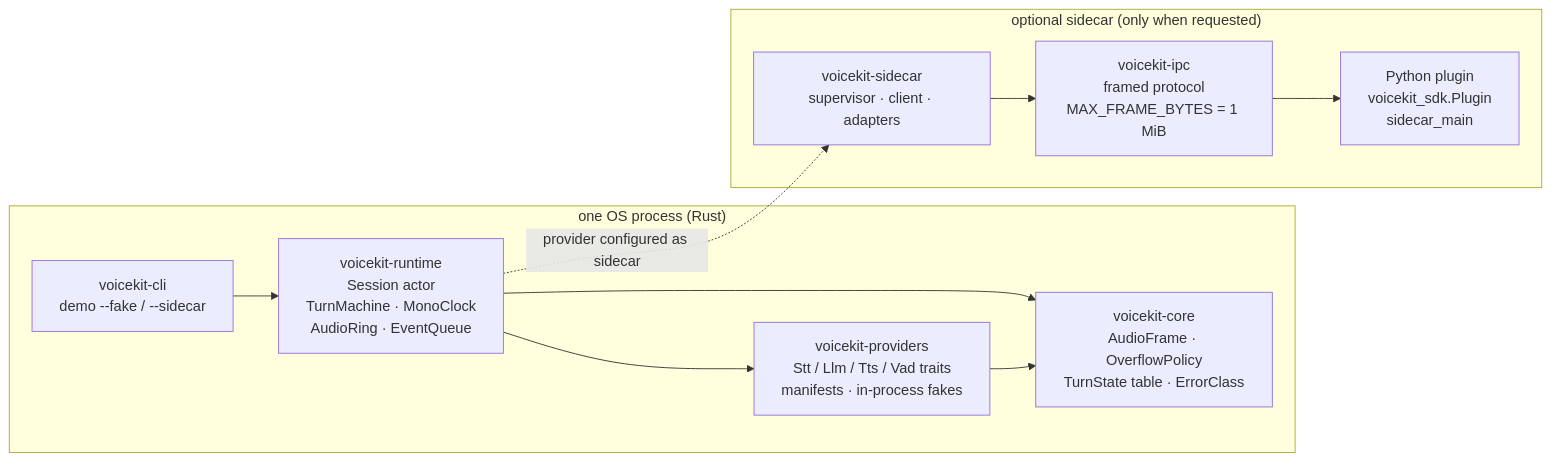
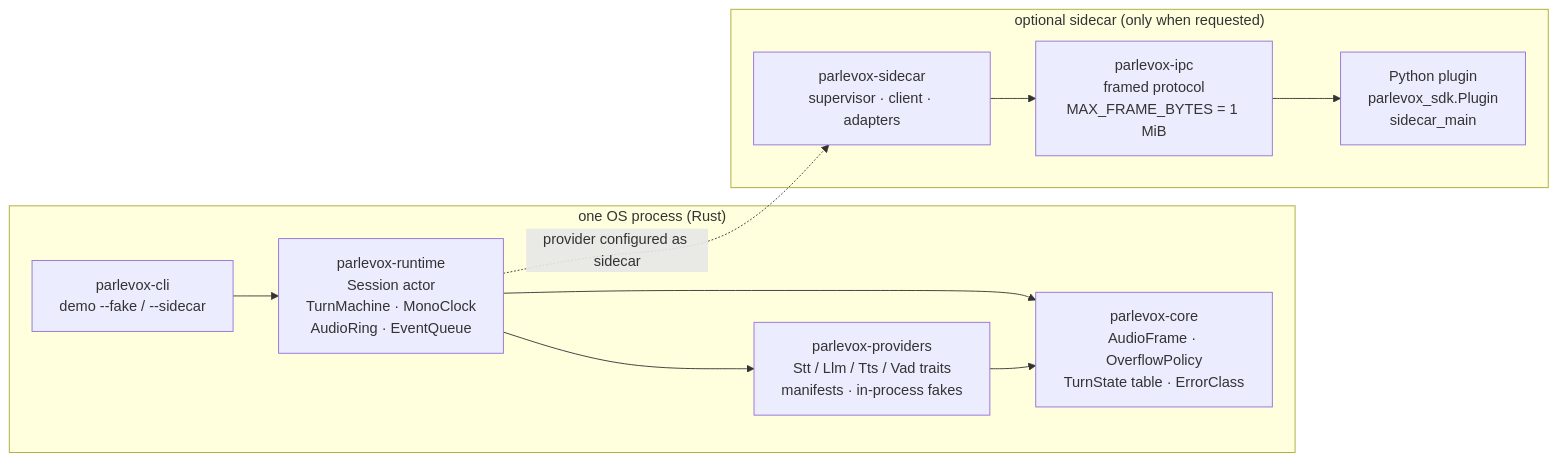
Before and after one commit to SourceShift/parlevox: the first of 2 diagrams in docs/architecture/DESIGN.md, drawn with Mermaid. The commit also changed other lines of this file and 86 other files, not shown here.

````diff
--- a/docs/architecture/DESIGN.md
+++ b/docs/architecture/DESIGN.md
@@ -27,22 +27,22 @@
 ```mermaid
 flowchart LR
     subgraph host["one OS process (Rust)"]
-        cli["voicekit-cli<br/>demo --fake / --sidecar"]
-        rt["voicekit-runtime<br/>Session actor<br/>TurnMachine · MonoClock<br/>AudioRing · EventQueue"]
-        pr["voicekit-providers<br/>Stt / Llm / Tts / Vad traits<br/>manifests · in-process fakes"]
-        core["voicekit-core<br/>AudioFrame · OverflowPolicy<br/>TurnState table · ErrorClass"]
+        cli["parlevox-cli<br/>demo --fake / --sidecar"]
+        rt["parlevox-runtime<br/>Session actor<br/>TurnMachine · MonoClock<br/>AudioRing · EventQueue"]
+        pr["parlevox-providers<br/>Stt / Llm / Tts / Vad traits<br/>manifests · in-process fakes"]
+        core["parlevox-core<br/>AudioFrame · OverflowPolicy<br/>TurnState table · ErrorClass"]
         cli --> rt
         rt --> pr
         rt --> core
         pr --> core
     end
 
     subgraph side["optional sidecar (only when requested)"]
-        sc["voicekit-sidecar<br/>supervisor · client · adapters"]
-        ipc["voicekit-ipc<br/>framed protocol<br/>MAX_FRAME_BYTES = 1 MiB"]
-        py["Python plugin<br/>voicekit_sdk.Plugin<br/>sidecar_main"]
+        sc["parlevox-sidecar<br/>supervisor · client · adapters"]
+        ipc["parlevox-ipc<br/>framed protocol<br/>MAX_FRAME_BYTES = 1 MiB"]
+        py["Python plugin<br/>parlevox_sdk.Plugin<br/>sidecar_main"]
     end
 
     rt -. "provider configured as sidecar" .-> sc
     sc --> ipc --> py
 ```
````
